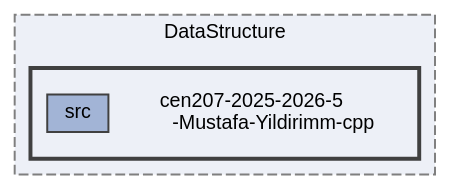
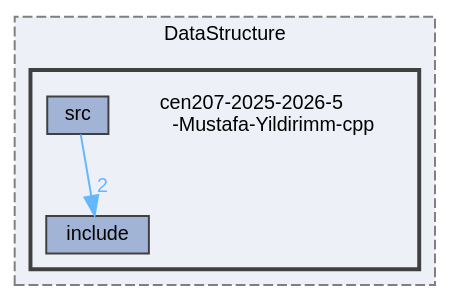
The diagram in docs/doxygenlibwin/rtf/dir_b00da2fab6b604b485869b7d5702ce53_dep.dot (mustafayldrnn/cen207-2025-2026-5-Mustafa-Yildirimm-cpp), drawn with Graphviz before and after one commit. The commit also changed 1700 other files, not shown here.

```diff
--- a/docs/doxygenlibwin/rtf/dir_b00da2fab6b604b485869b7d5702ce53_dep.dot
+++ b/docs/doxygenlibwin/rtf/dir_b00da2fab6b604b485869b7d5702ce53_dep.dot
@@ -1,17 +1,19 @@
 digraph "C:/Users/ahmet/OneDrive/Masaüstü/DataStructure/cen207-2025-2026-5-Mustafa-Yildirimm-cpp"
 {
  // INTERACTIVE_SVG=YES
  // LATEX_PDF_SIZE
   bgcolor="transparent";
   edge [fontname=Helvetica,fontsize=10,labelfontname=Helvetica,labelfontsize=10];
   node [fontname=Helvetica,fontsize=10,shape=box,height=0.2,width=0.4];
   compound=true
   subgraph clusterdir_87f260dbaa04f06c7d57423ba5ebac9d {
     graph [ bgcolor="#edf0f7", pencolor="grey50", label="DataStructure", fontname=Helvetica,fontsize=10 style="filled,dashed", URL="dir_87f260dbaa04f06c7d57423ba5ebac9d.html",tooltip=""]
   subgraph clusterdir_b00da2fab6b604b485869b7d5702ce53 {
     graph [ bgcolor="#edf0f7", pencolor="grey25", label="", fontname=Helvetica,fontsize=10 style="filled,bold", URL="dir_b00da2fab6b604b485869b7d5702ce53.html",tooltip=""]
     dir_b00da2fab6b604b485869b7d5702ce53 [shape=plaintext, label="cen207-2025-2026-5\l-Mustafa-Yildirimm-cpp"];
+  dir_4dfc6c6bb4cb5cc6e762107be17038e6 [label="include", fillcolor="#a2b4d6", color="grey25", style="filled", URL="dir_4dfc6c6bb4cb5cc6e762107be17038e6.html",tooltip=""];
   dir_235080e4fc6f8d1f814973dc40d3997a [label="src", fillcolor="#a2b4d6", color="grey25", style="filled", URL="dir_235080e4fc6f8d1f814973dc40d3997a.html",tooltip=""];
   }
   }
+  dir_235080e4fc6f8d1f814973dc40d3997a->dir_4dfc6c6bb4cb5cc6e762107be17038e6 [headlabel="2", labeldistance=1.5 headhref="dir_000005_000003.html" href="dir_000005_000003.html" color="steelblue1" fontcolor="steelblue1"];
 }
```
